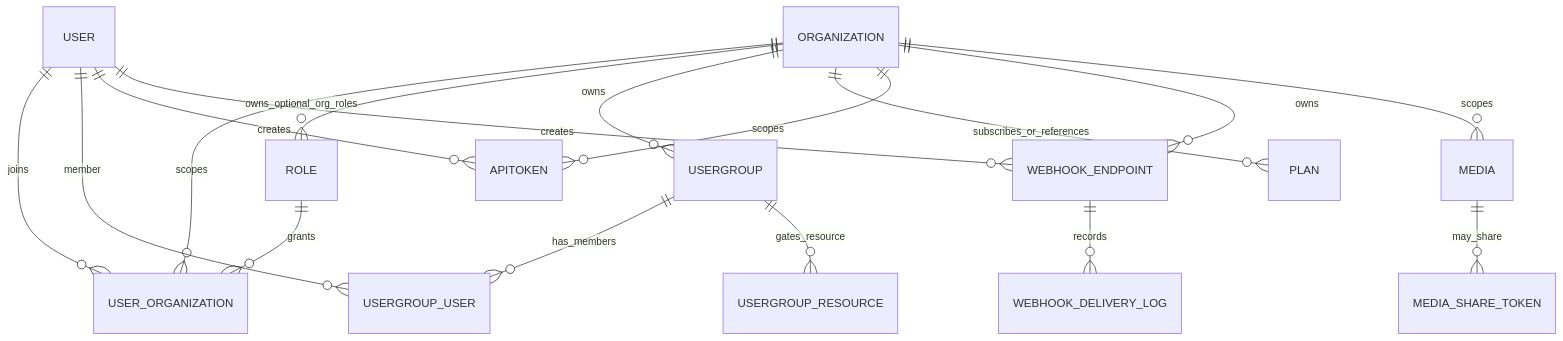
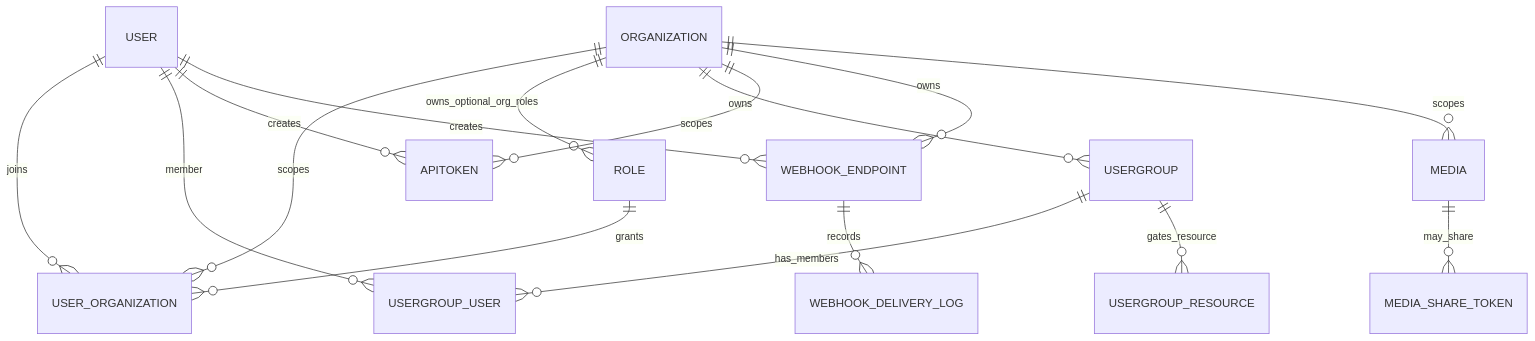
One commit to xpex-systems-ai/XPEX-ACADEMY changed the diagram in docs/xpex/platform-core/ENTITY_RELATIONSHIP.md. Above: the diagram before and after it, drawn with Mermaid. The commit also changed other lines of this file and 7 other files, not shown here.

````diff
--- a/docs/xpex/platform-core/ENTITY_RELATIONSHIP.md
+++ b/docs/xpex/platform-core/ENTITY_RELATIONSHIP.md
@@ -5,19 +5,18 @@
 ```mermaid
 erDiagram
     USER ||--o{ USER_ORGANIZATION : joins
     ORGANIZATION ||--o{ USER_ORGANIZATION : scopes
     ROLE ||--o{ USER_ORGANIZATION : grants
     ORGANIZATION ||--o{ ROLE : owns_optional_org_roles
     ORGANIZATION ||--o{ USERGROUP : owns
     USERGROUP ||--o{ USERGROUP_USER : has_members
     USER ||--o{ USERGROUP_USER : member
     USERGROUP ||--o{ USERGROUP_RESOURCE : gates_resource
-    ORGANIZATION ||--o{ PLAN : subscribes_or_references
     ORGANIZATION ||--o{ APITOKEN : scopes
     USER ||--o{ APITOKEN : creates
     ORGANIZATION ||--o{ WEBHOOK_ENDPOINT : owns
     USER ||--o{ WEBHOOK_ENDPOINT : creates
     WEBHOOK_ENDPOINT ||--o{ WEBHOOK_DELIVERY_LOG : records
     ORGANIZATION ||--o{ MEDIA : scopes
     MEDIA ||--o{ MEDIA_SHARE_TOKEN : may_share
 ```
````
